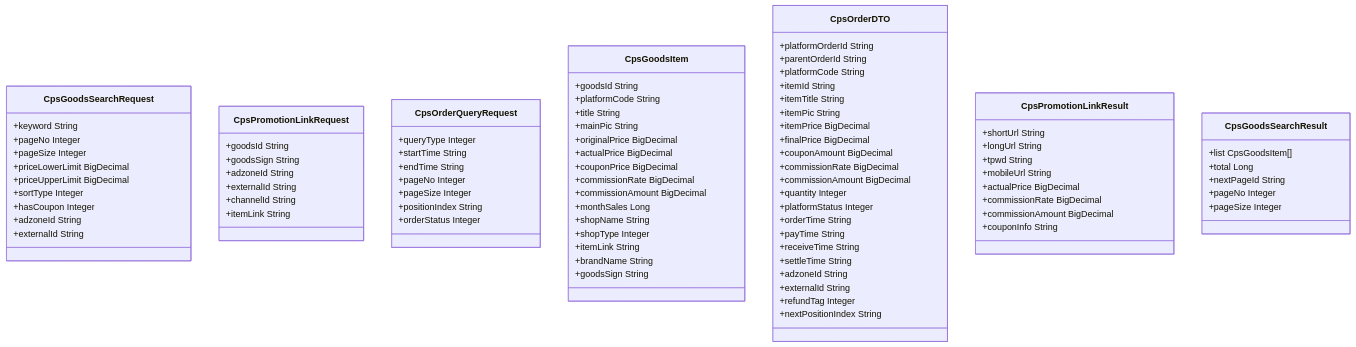
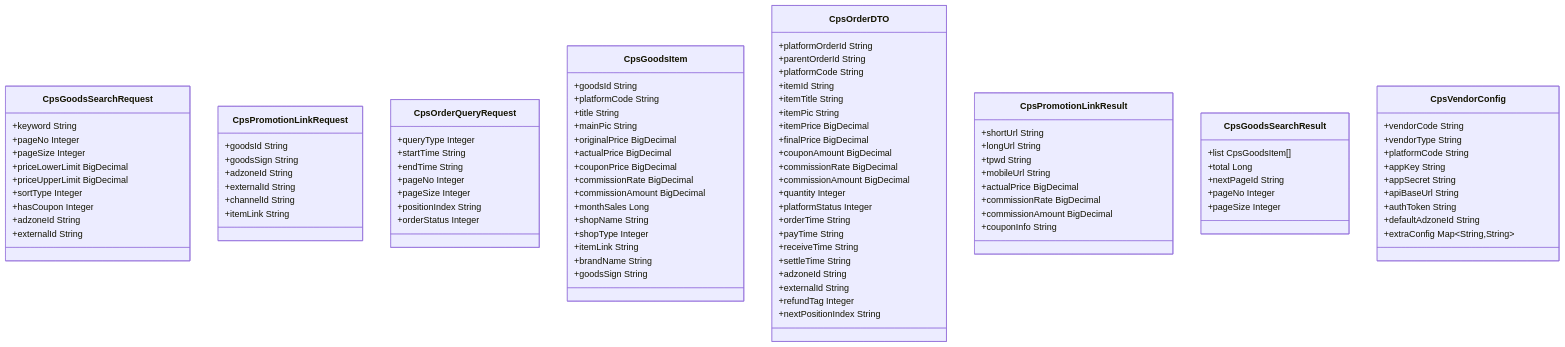
The eighth of 13 diagrams in .qoder/repowiki/zh/content/后端服务架构/业务模块概览/CPS业务模块/平台适配器系统.md (zhuangpengLI/AgenticCPS), drawn with Mermaid before and after one commit. The commit also changed other lines of this file and 9 other files, not shown here.

````diff
--- a/.qoder/repowiki/zh/content/后端服务架构/业务模块概览/CPS业务模块/平台适配器系统.md
+++ b/.qoder/repowiki/zh/content/后端服务架构/业务模块概览/CPS业务模块/平台适配器系统.md
@@ -526,4 +617,15 @@
 +pageNo Integer
 +pageSize Integer
 }
+class CpsVendorConfig {
++vendorCode String
++vendorType String
++platformCode String
++appKey String
++appSecret String
++apiBaseUrl String
++authToken String
++defaultAdzoneId String
++extraConfig Map~String,String~
+}
 ```
````
